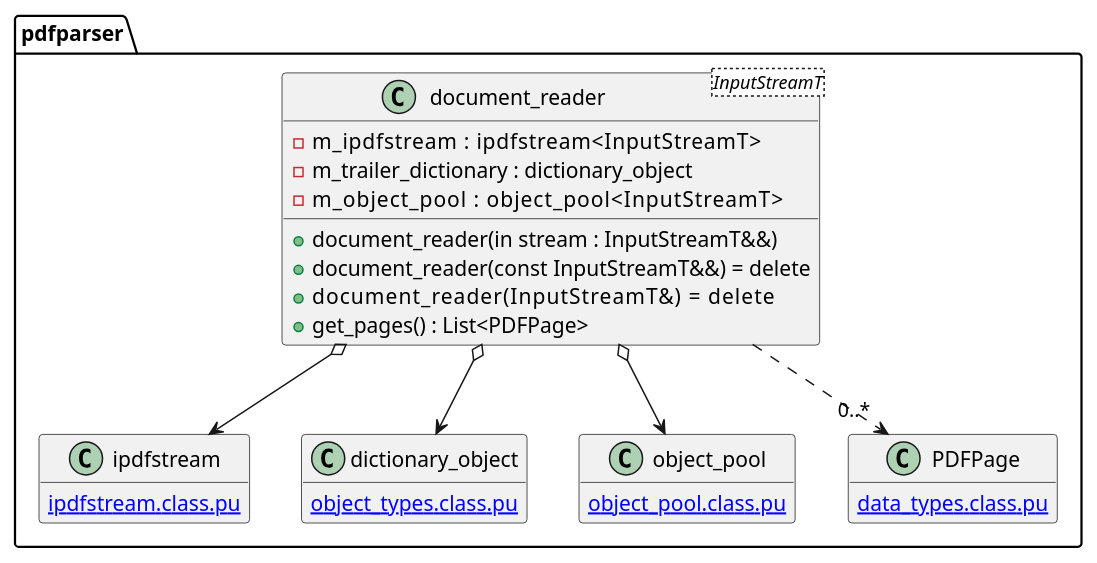
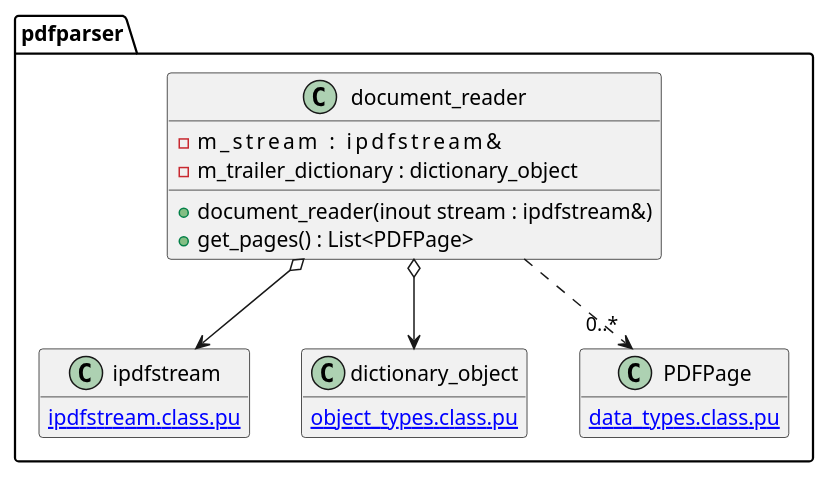
Before and after one commit to KodaiYM/PDFReader: the diagram in document/document_reader/document_reader.class.pu, drawn with PlantUML. The commit also changed 38 other files, not shown here.

Commit message:
object_pool 周りの依存関係の修正

```diff
--- a/document/document_reader/document_reader.class.pu
+++ b/document/document_reader/document_reader.class.pu
@@ -1,31 +1,24 @@
 @startuml document_reader
 hide empty members
 namespace pdfparser {
-class document_reader<InputStreamT> {
-	-m_ipdfstream      : ipdfstream<InputStreamT>
+class document_reader {
+	-m_stream             : ipdfstream&
 	-m_trailer_dictionary : dictionary_object
-	-m_object_pool        : object_pool<InputStreamT>
 
-	+document_reader(in stream : InputStreamT&&)
-	+document_reader(const InputStreamT&&) = delete
-	+document_reader(InputStreamT&)        = delete
+	+document_reader(inout stream : ipdfstream&)
 	+get_pages() : List<PDFPage>
 }
 document_reader o--> ipdfstream
 document_reader o--> dictionary_object
-document_reader o--> object_pool
 document_reader ..> "0..*" PDFPage
 
 class ipdfstream {
 	[[ipdfstream.class.pu]]
 }
 class dictionary_object {
 	[[object_types.class.pu]]
 }
-class object_pool {
-	[[object_pool.class.pu]]
-}
 class PDFPage {
 	[[data_types.class.pu]]
 }
 @enduml
```
